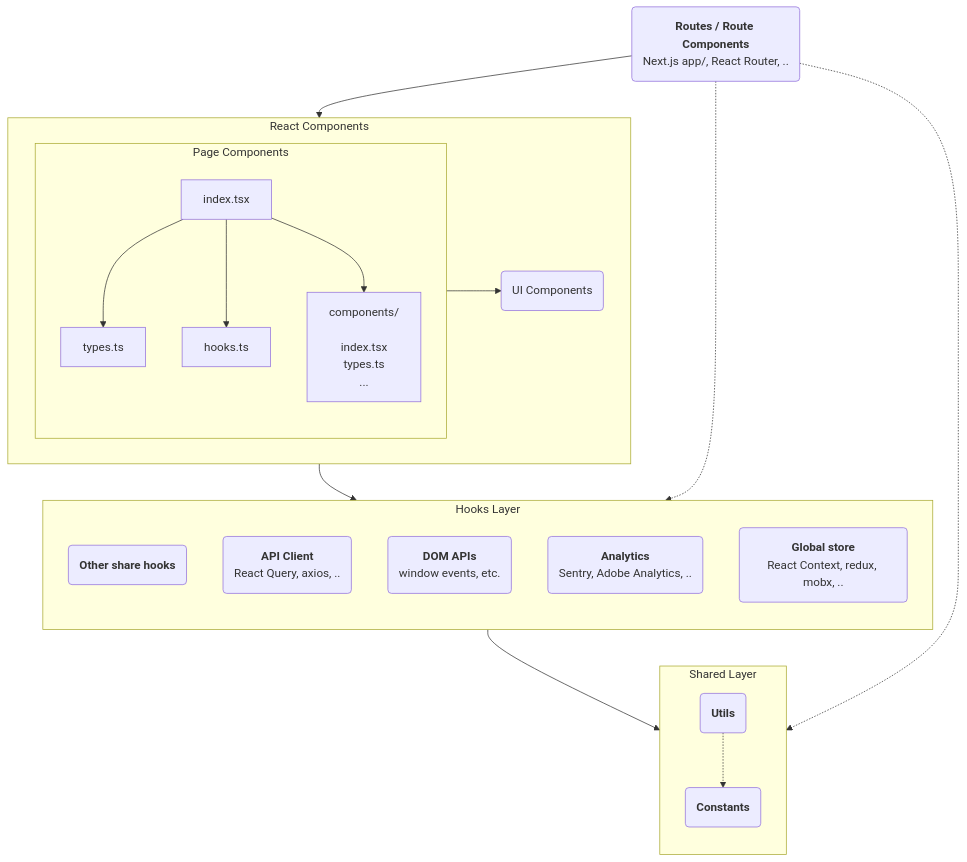
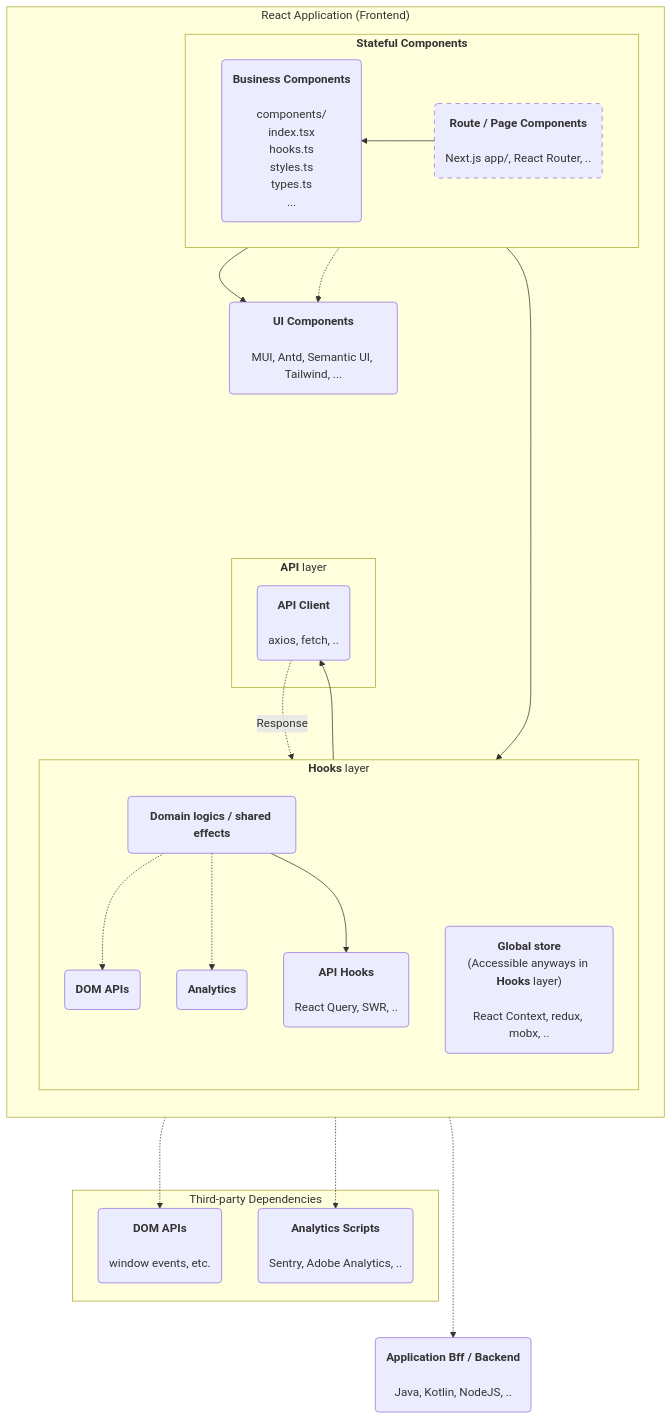
One commit to EthanLin-TWer/blog changed the second of 3 diagrams in _posts/2023-12-10-react-unit-testing-best-practices.md. Above: the diagram before and after it, drawn with Mermaid.

Commit message:
🌞post: fine tuning the architectural diagram

````diff
--- a/_posts/2023-12-10-react-unit-testing-best-practices.md
+++ b/_posts/2023-12-10-react-unit-testing-best-practices.md
@@ -97,62 +97,82 @@
 ```mermaid
 flowchart TB
-  route(<b>Routes / Route Components</b><br>Next.js app/, React Router, ..)
-  ui_components(UI Components)
-  shared_hooks(<b>Other share hooks</b>)
-  api(<b>API Client</b><br/>React Query, axios,  ..)
-  dom_effects(<b>DOM APIs</b><br/>window events, etc.)
-  analytics(<b>Analytics</b><br/>Sentry, Adobe Analytics, ..)
-  global_store(<b>Global store</b><br/>React Context, redux, mobx, ..)
+  %% components layer
+  route_components(<b>Route / Page Components</b><br/><br/>Next.js app/, React Router, ..)
+  business_components(<b>Business Components</b><br/><br/>components/<br/>index.tsx<br/>hooks.ts<br/>styles.ts<br/>types.ts<br/>...)
+  ui_components(<b>UI Components</b><br/><br/>MUI, Antd, Semantic UI, Tailwind, ...)
+        
+  %% hooks layer
+  shared_hooks(<b>Domain logics / shared effects</b>)
+  dom_hooks(<b>DOM APIs</b>)
+  analytics_hooks(<b>Analytics</b>)
+  global_store("<b>Global store</b><br/>(Accessible anyways in <b>Hooks</b> layer)<br/><br/>React Context, redux, mobx, ..")
+  api_hooks(<b>API Hooks</b><br/><br/>React Query, SWR, ..)
+
+  api_client(<b>API Client</b><br/><br/>axios, fetch, ..)
+  
+%%  utils(<b>Utils</b>)
+%%  constants(<b>Constants</b>)
+  
+  %% outside of boundaries
+  bff(<b>Application Bff / Backend</b><br/><br/>Java, Kotlin, NodeJS, ..)
+  deps_dom_apis(<b>DOM APIs</b><br/><br/>window events, etc.)
+  deps_analytics(<b>Analytics Scripts</b><br/><br/>Sentry, Adobe Analytics, ..)
+        
+  style route_components stroke-dasharray: 6 6
+
+  subgraph app ["React Application (Frontend)"];
+    direction TB
+    subgraph stateful_components [<b>Stateful Components</b>]
+      direction RL
+      route_components
+      business_components
+    end
+    ui_components
     
-  utils(<b>Utils</b>)
-  constants(<b>Constants</b>)
+    route_components --> business_components
+    business_components --> ui_components
+    route_components -.-> ui_components
+    
+    subgraph hooks_layer [<b>Hooks</b> layer];
+      direction TB
+      global_store
+      shared_hooks
+      analytics_hooks
+      dom_hooks
+      api_hooks
 
-  component_index[index.tsx]
-  component_types[types.ts]
-  component_hooks[hooks.ts]
-  component_sub_components["components/<br/><br/>    index.tsx<br/>    types.ts<br/>    ..."]
+      shared_hooks -.-> dom_hooks
+      shared_hooks -.-> analytics_hooks
+      shared_hooks --> api_hooks
+%%      api_hooks -. ResponseDTO .-> shared_hooks
+    end
+    stateful_components ------> hooks_layer
+    
+    subgraph api_layer [<b>API</b> layer]
+      api_client
+      
+      api_hooks --> api_client
+      api_client -. "Response" .-> api_hooks
+    end
+          
+%%    subgraph shared_layer ["<b>Shared</b> layer<br/>(Accessible by all layers)"];
+%%      direction LR
+%%      utils
+%%      constants
+%%    end
+          
+%%    stateful_components -.-> shared_layer
+%%    ui_components -.-> shared_layer
+%%    hooks_layer --> shared_layer
+%%    api_layer --> shared_layer
+  end
 
-  subgraph page_components [Page Components]
-    direction TB
-    component_index
-    component_types
-    component_hooks
-    component_sub_components
-
-    component_index --> component_types
-    component_index --> component_hooks
-    component_index --> component_sub_components
+  api_layer -...-> bff
+  
+  subgraph 3rd_party_deps ["Third-party Dependencies"]; 
+    deps_dom_apis
+    deps_analytics
   end
-  
-  route --> components
-  subgraph components [React Components]; 
-    page_components
-    ui_components
-    page_components --> ui_components
-  end
-  
-  components --> hooks
-  route -.-> hooks
-  subgraph hooks [Hooks Layer];
-    direction TB
-    shared_hooks
-    api
-    dom_effects
-    analytics
-    global_store
-  end
-  
-  subgraph tools [Shared Layer]
-    direction TB
-    utils
-    constants
-
-    %% this can happen too
-    utils -.-> constants
-  end
-  
-  hooks --> tools
-  %%  this can happen, but just to make the layers more explicit
-  %%components --> tools
-  route -.-> tools
+  dom_hooks -..-> deps_dom_apis
+  analytics_hooks -..-> deps_analytics 
 ```
````
